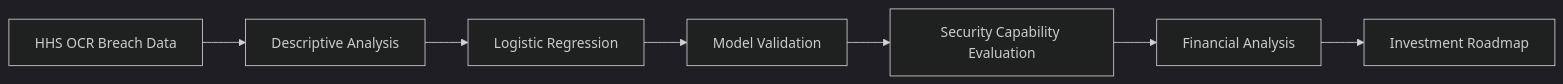
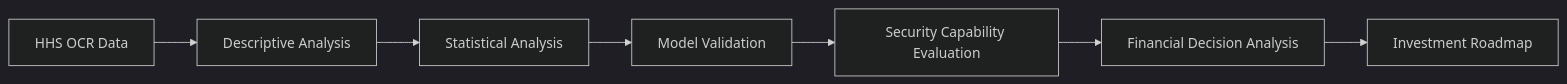
One commit to rachelletecharchitect01-star/security-architecture-capstone changed the first of 2 diagrams in README.md. Above: the diagram before and after it, drawn with Mermaid (dark theme). The commit also changed other lines of this file, not shown here.

````diff
--- a/README.md
+++ b/README.md
@@ -19,9 +24,9 @@
 ```mermaid
 flowchart LR
-    A[HHS OCR Breach Data] --> B[Descriptive Analysis]
-    B --> C[Logistic Regression]
+    A[HHS OCR Data] --> B[Descriptive Analysis]
+    B --> C[Statistical Analysis]
     C --> D[Model Validation]
     D --> E[Security Capability Evaluation]
-    E --> F[Financial Analysis]
+    E --> F[Financial Decision Analysis]
     F --> G[Investment Roadmap]
 ```
````
